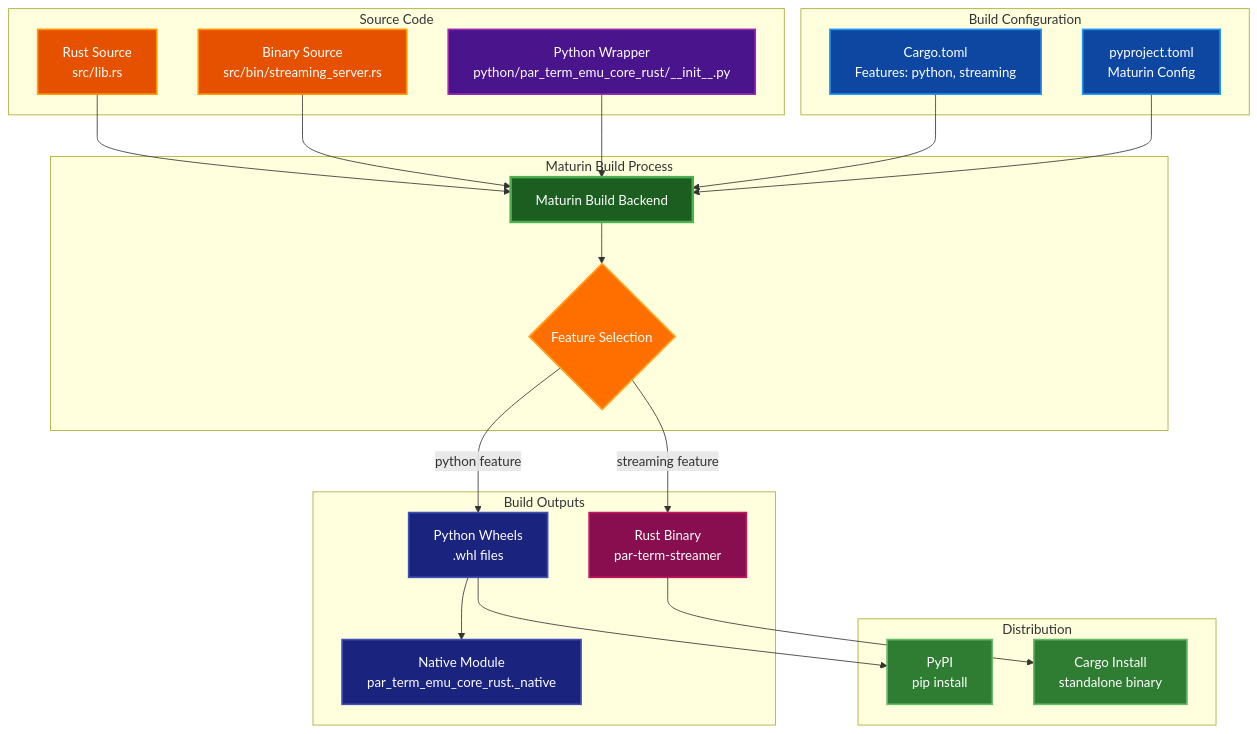
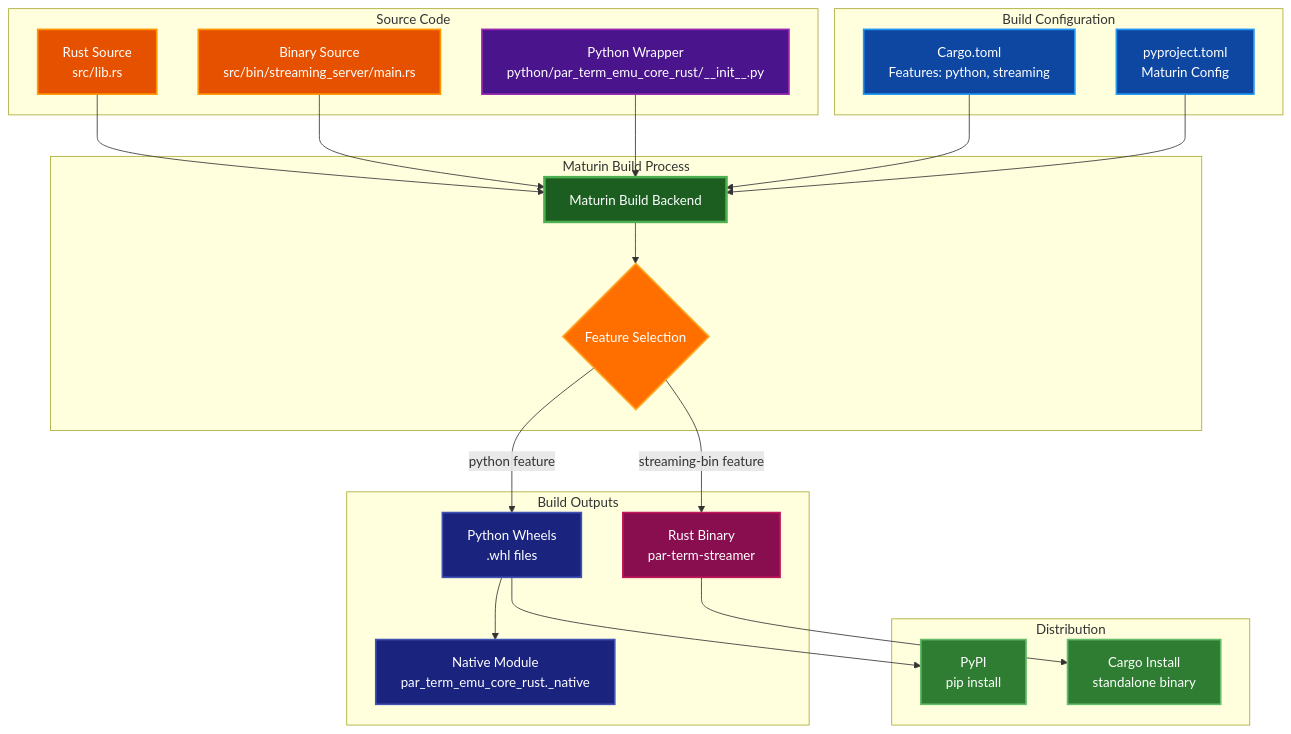
Before and after one commit to paulrobello/par-term-emu-core-rust: the first of 2 diagrams in docs/MATURIN_BEST_PRACTICES.md, drawn with Mermaid. The commit also changed other lines of this file and 26 other files, not shown here.

````diff
--- a/docs/MATURIN_BEST_PRACTICES.md
+++ b/docs/MATURIN_BEST_PRACTICES.md
@@ -51,55 +54,55 @@
 ```mermaid
 graph TB
     subgraph "Source Code"
         RS[Rust Source<br/>src/lib.rs]
-        BIN[Binary Source<br/>src/bin/streaming_server.rs]
+        BIN[Binary Source<br/>src/bin/streaming_server/main.rs]
         PY[Python Wrapper<br/>python/par_term_emu_core_rust/__init__.py]
     end
 
     subgraph "Build Configuration"
         CARGO[Cargo.toml<br/>Features: python, streaming]
         PYPROJ[pyproject.toml<br/>Maturin Config]
     end
 
     subgraph "Maturin Build Process"
         MAT[Maturin Build Backend]
         FEAT{Feature Selection}
     end
 
     subgraph "Build Outputs"
         WHEEL[Python Wheels<br/>.whl files]
         NATIVE[Native Module<br/>par_term_emu_core_rust._native]
         RUSTBIN[Rust Binary<br/>par-term-streamer]
     end
 
     subgraph "Distribution"
         PYPI[PyPI<br/>pip install]
         CARGO_BIN[Cargo Install<br/>standalone binary]
     end
 
     RS --> MAT
     BIN --> MAT
     PY --> MAT
     CARGO --> MAT
     PYPROJ --> MAT
 
     MAT --> FEAT
     FEAT -->|python feature| WHEEL
-    FEAT -->|streaming feature| RUSTBIN
+    FEAT -->|streaming-bin feature| RUSTBIN
     WHEEL --> NATIVE
     WHEEL --> PYPI
     RUSTBIN --> CARGO_BIN
 
     style RS fill:#e65100,stroke:#ff9800,stroke-width:2px,color:#ffffff
     style BIN fill:#e65100,stroke:#ff9800,stroke-width:2px,color:#ffffff
     style PY fill:#4a148c,stroke:#9c27b0,stroke-width:2px,color:#ffffff
     style CARGO fill:#0d47a1,stroke:#2196f3,stroke-width:2px,color:#ffffff
     style PYPROJ fill:#0d47a1,stroke:#2196f3,stroke-width:2px,color:#ffffff
     style MAT fill:#1b5e20,stroke:#4caf50,stroke-width:3px,color:#ffffff
     style FEAT fill:#ff6f00,stroke:#ffa726,stroke-width:2px,color:#ffffff
     style WHEEL fill:#1a237e,stroke:#3f51b5,stroke-width:2px,color:#ffffff
     style NATIVE fill:#1a237e,stroke:#3f51b5,stroke-width:2px,color:#ffffff
     style RUSTBIN fill:#880e4f,stroke:#c2185b,stroke-width:2px,color:#ffffff
     style PYPI fill:#2e7d32,stroke:#66bb6a,stroke-width:2px,color:#ffffff
     style CARGO_BIN fill:#2e7d32,stroke:#66bb6a,stroke-width:2px,color:#ffffff
 ```
````
